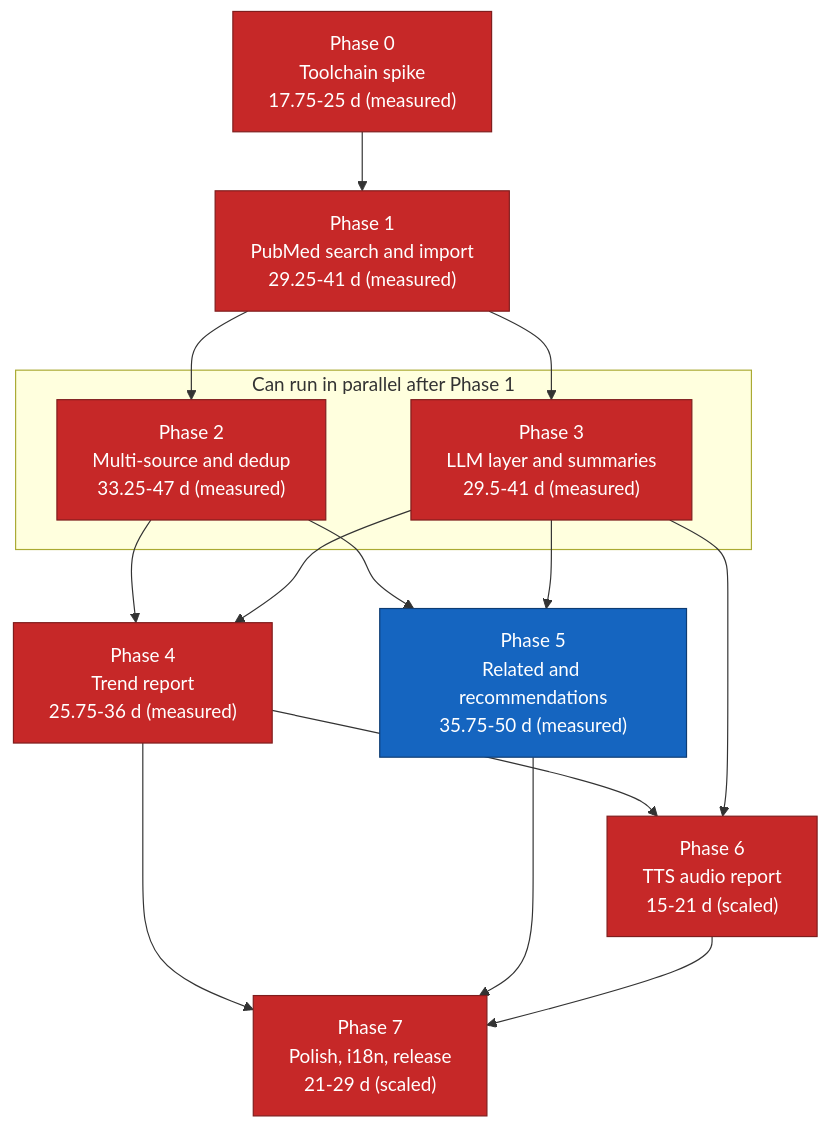
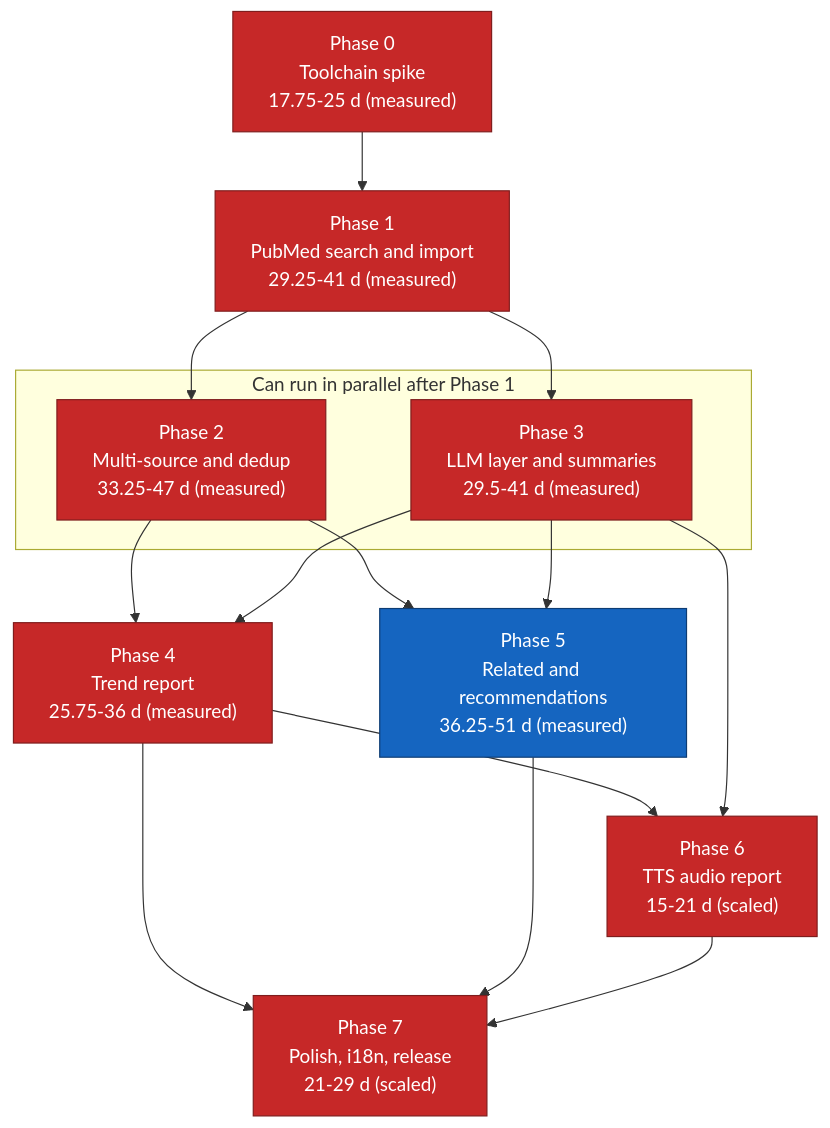
Before and after one commit to suppakoko/research_helper: the diagram in docs/11-implementation-roadmap.md, drawn with Mermaid. The commit also changed other lines of this file and 83 other files, not shown here.

First line of the commit message:
Phase 5: P5-T16, T17, T24, T25, T32 (related window, import and seed link, recommend scoring and pipeline, Crossref lookup); egress entry before the send; live-request guard; items 340-350

````diff
--- a/docs/11-implementation-roadmap.md
+++ b/docs/11-implementation-roadmap.md
@@ -326,34 +326,34 @@
 ```mermaid
 graph TD
     P0["Phase 0<br/>Toolchain spike<br/>17.75-25 d (measured)"]
     P1["Phase 1<br/>PubMed search and import<br/>29.25-41 d (measured)"]
     P2["Phase 2<br/>Multi-source and dedup<br/>33.25-47 d (measured)"]
     P3["Phase 3<br/>LLM layer and summaries<br/>29.5-41 d (measured)"]
     P4["Phase 4<br/>Trend report<br/>25.75-36 d (measured)"]
-    P5["Phase 5<br/>Related and recommendations<br/>35.75-50 d (measured)"]
+    P5["Phase 5<br/>Related and recommendations<br/>36.25-51 d (measured)"]
     P6["Phase 6<br/>TTS audio report<br/>15-21 d (scaled)"]
     P7["Phase 7<br/>Polish, i18n, release<br/>21-29 d (scaled)"]
 
     P0 --> P1
     P1 --> P2
     P1 --> P3
     P2 --> P4
     P3 --> P4
     P2 --> P5
     P3 --> P5
     P4 --> P6
     P3 --> P6
     P4 --> P7
     P5 --> P7
     P6 --> P7
 
     subgraph parallel["Can run in parallel after Phase 1"]
         P2
         P3
     end
 
     classDef critical fill:#c62828,stroke:#7f1d1d,color:#ffffff
     classDef normal fill:#1565c0,stroke:#0d3c73,color:#ffffff
     class P0,P1,P2,P3,P4,P6,P7 critical
     class P5 normal
 ```
````
